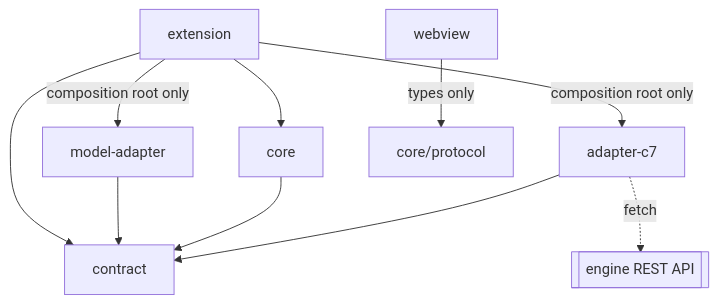
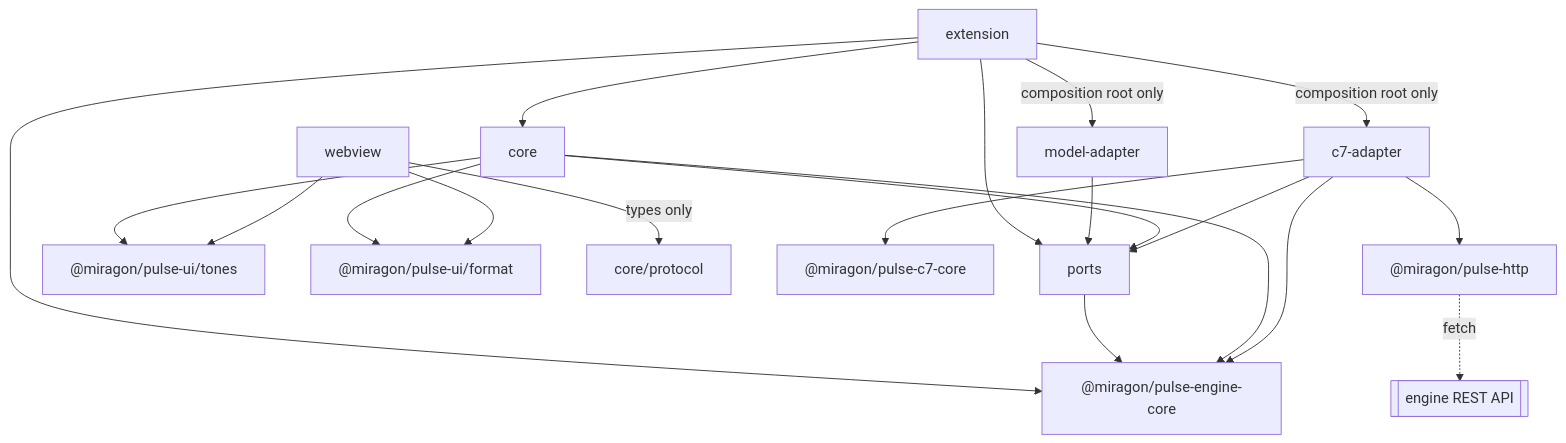
The first of 2 diagrams in apps/vscode/docs/adr/architecture.md (Miragon/pulse), drawn with Mermaid before and after one commit. The commit also changed other lines of this file and 2074 other files, not shown here.

````diff
--- a/apps/vscode/docs/adr/architecture.md
+++ b/apps/vscode/docs/adr/architecture.md
@@ -45,12 +47,22 @@
 ```mermaid
 flowchart TB
   extension --> core
-  extension --> contract
-  extension -- composition root only --> adapterC7[adapter-c7]
+  extension --> ports
+  extension --> engineCore["@miragon/pulse-engine-core"]
+  extension -- composition root only --> adapterC7[c7-adapter]
   extension -- composition root only --> modelAdapter[model-adapter]
-  modelAdapter --> contract
-  core --> contract
+  ports --> engineCore
+  modelAdapter --> ports
+  core --> ports
+  core --> engineCore
+  core --> tones["@miragon/pulse-ui/tones"]
+  core --> format["@miragon/pulse-ui/format"]
   webview -- types only --> protocol[core/protocol]
-  adapterC7 --> contract
-  adapterC7 -. "fetch" .-> rest[[engine REST API]]
+  webview --> tones
+  webview --> format
+  adapterC7 --> ports
+  adapterC7 --> engineCore
+  adapterC7 --> c7core["@miragon/pulse-c7-core"]
+  adapterC7 --> http["@miragon/pulse-http"]
+  http -. "fetch" .-> rest[[engine REST API]]
 ```
````
